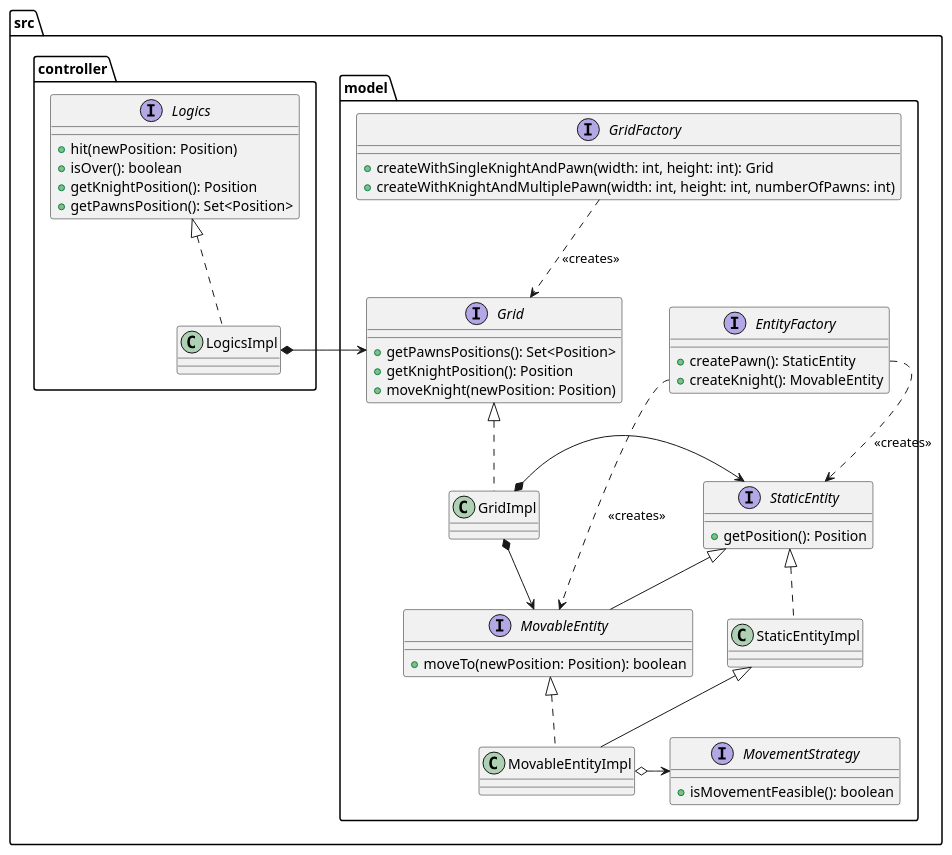
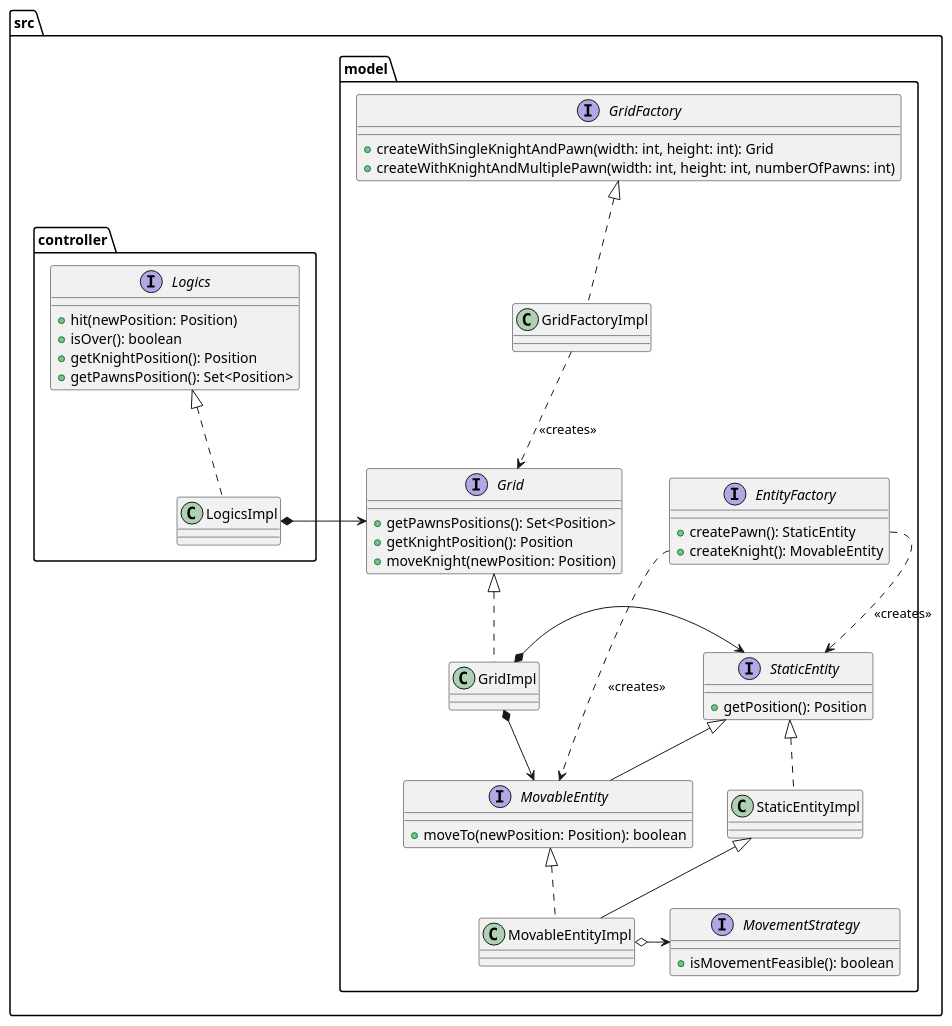
Before and after one commit to tassiLuca/pps-22-23-lab01b: the diagram in src/e1/uml-class.puml, drawn with PlantUML. The commit also changed 9 other files, not shown here.

```diff
--- a/src/e1/uml-class.puml
+++ b/src/e1/uml-class.puml
@@ -1,57 +1,58 @@
 @startuml uml-class
 
 package src.model {
     interface StaticEntity {
         +getPosition(): Position
     }
     class StaticEntityImpl implements StaticEntity
 
     interface MovableEntity extends StaticEntity {
         +moveTo(newPosition: Position): boolean
     }
     class MovableEntityImpl implements MovableEntity
     MovableEntityImpl -up-|> StaticEntityImpl
 
     interface MovementStrategy {
         +isMovementFeasible(): boolean
     }
 
     MovableEntityImpl o-right-> MovementStrategy
 
     interface EntityFactory {
         +createPawn(): StaticEntity
         +createKnight(): MovableEntity
     }
     EntityFactory::createPawn ..> StaticEntity: <<creates>>
     EntityFactory::createKnight ..> MovableEntity : <<creates>>
 
     interface Grid {
         +getPawnsPositions(): Set<Position>
         +getKnightPosition(): Position
         +moveKnight(newPosition: Position)
     }
     class GridImpl implements Grid
     GridImpl *-right-> StaticEntity
     GridImpl *--> MovableEntity
 
     interface GridFactory {
         +createWithSingleKnightAndPawn(width: int, height: int): Grid
         +createWithKnightAndMultiplePawn(width: int, height: int, numberOfPawns: int)
     }
-    GridFactory ..> Grid : <<creates>>
+    class GridFactoryImpl implements GridFactory
+    GridFactoryImpl ..> Grid : <<creates>>
 }
 
 package src.controller {
     interface Logics {
         +hit(newPosition: Position)
         +isOver(): boolean
         +getKnightPosition(): Position
         +getPawnsPosition(): Set<Position>
     }
 
     class LogicsImpl implements Logics
 
     LogicsImpl *-right-> Grid
 }
 
 @enduml
```
